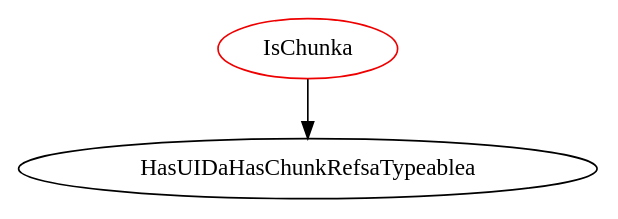
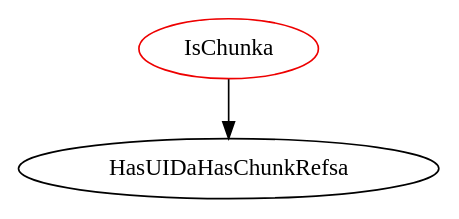
The diagram in analysis/TypeDependencyGraphs/database/IsChunka.dot (JacquesCarette/Drasil), drawn with Graphviz before and after one commit. The commit also changed 719 other files, not shown here.

```diff
--- a/analysis/TypeDependencyGraphs/database/IsChunka.dot
+++ b/analysis/TypeDependencyGraphs/database/IsChunka.dot
@@ -1,4 +1,4 @@
 digraph ischunka{
 IsChunka	[shape=oval, color=red2, label="IsChunka"];
-IsChunka -> HasUIDaHasChunkRefsaTypeablea;
+IsChunka -> HasUIDaHasChunkRefsa;
 }
```
